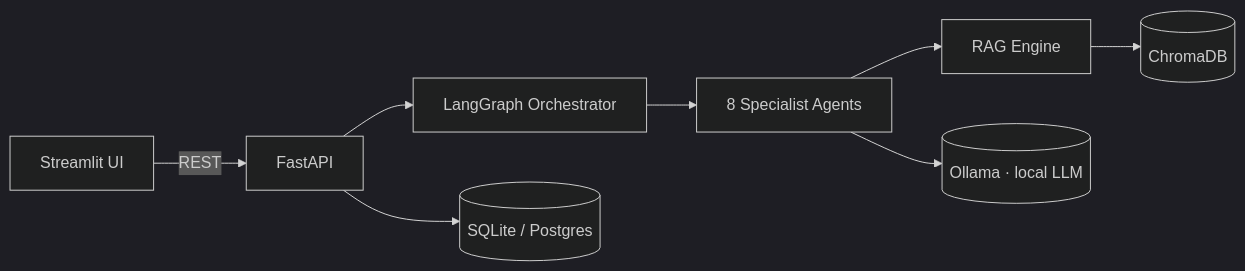
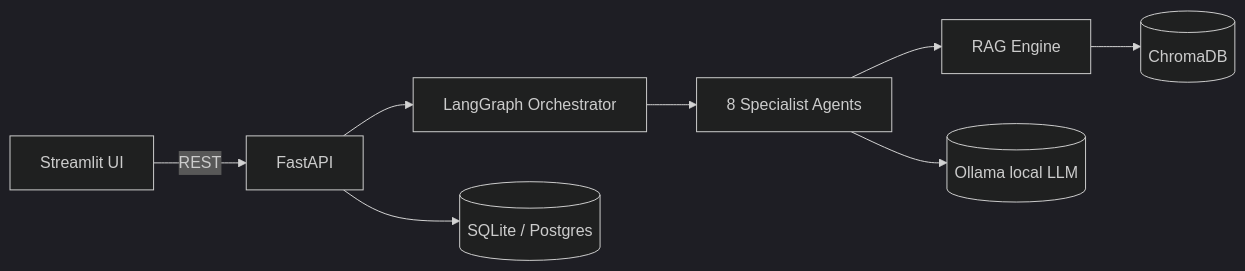
The first of 2 diagrams in README.md (Indir07/AI-Data-Engineering-Copilot), drawn with Mermaid (dark theme) before and after one commit. The commit also changed other lines of this file and 1 other file, not shown here.

First line of the commit message:
docs: fix Mermaid rendering on GitHub

````diff
--- a/README.md
+++ b/README.md
@@ -61,10 +61,10 @@
 ```mermaid
 graph LR
-    UI[Streamlit UI] -->|REST| API[FastAPI]
-    API --> ORCH[LangGraph Orchestrator]
-    ORCH --> AG[8 Specialist Agents]
-    AG --> RAG[RAG Engine]
-    AG --> LLM[(Ollama · local LLM)]
-    RAG --> VS[(ChromaDB)]
-    API --> DB[(SQLite / Postgres)]
+    UI["Streamlit UI"] -->|REST| API["FastAPI"]
+    API --> ORCH["LangGraph Orchestrator"]
+    ORCH --> AG["8 Specialist Agents"]
+    AG --> RAG["RAG Engine"]
+    AG --> LLM[("Ollama local LLM")]
+    RAG --> VS[("ChromaDB")]
+    API --> DB[("SQLite / Postgres")]
 ```
````
